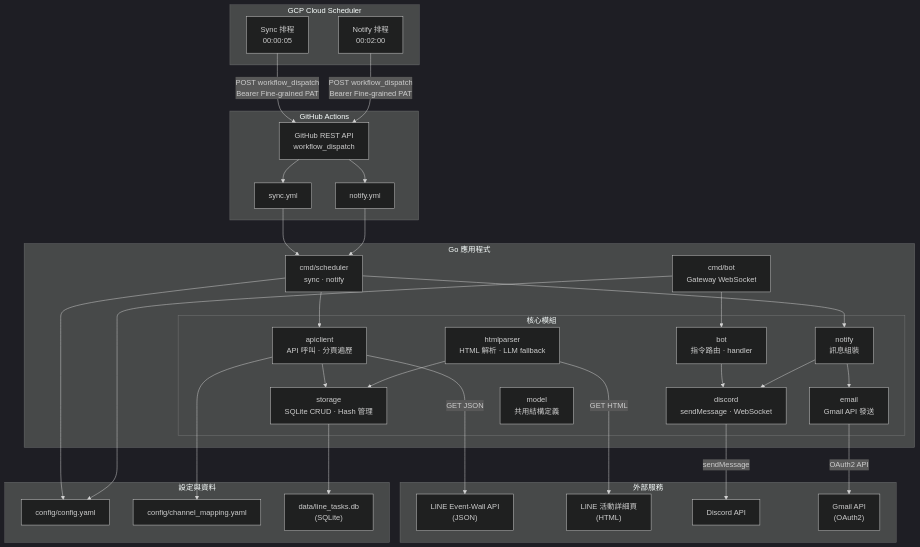
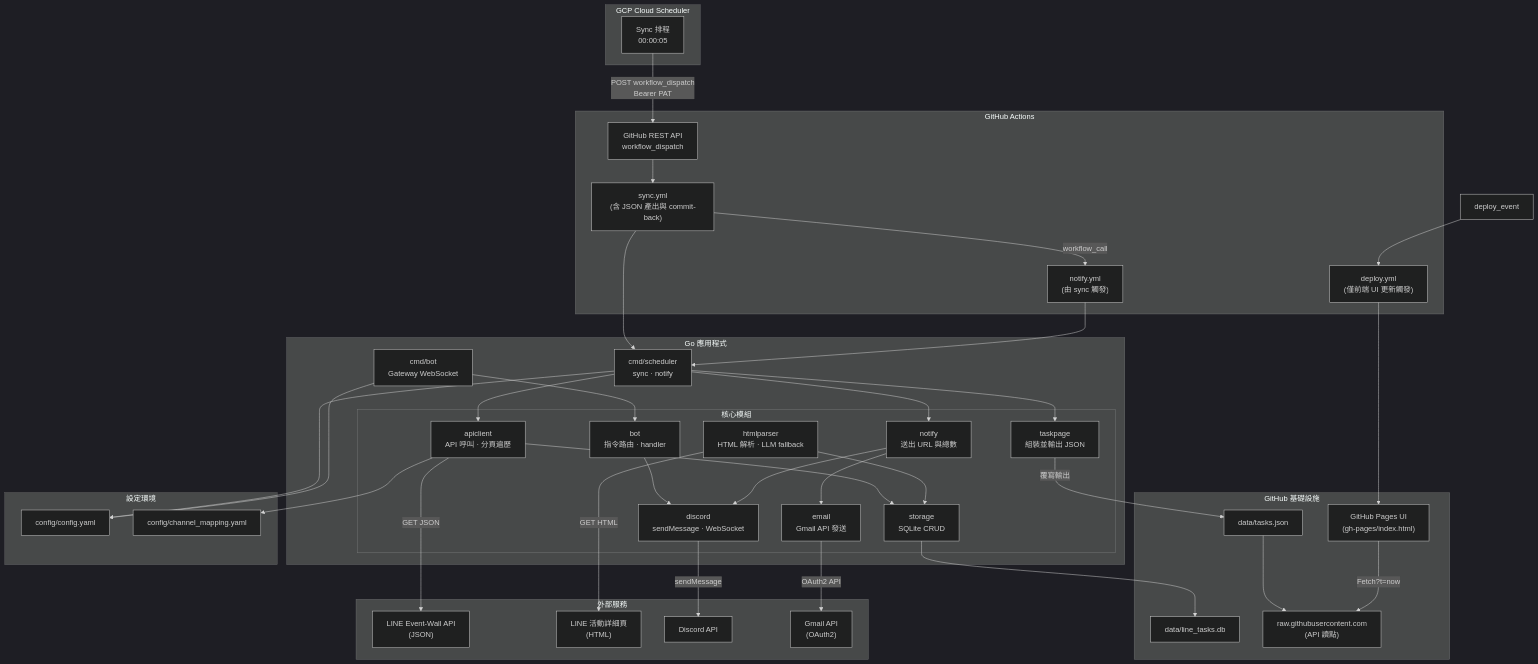
Before and after one commit to dccoding1118/more-line-points: the first of 6 diagrams in docs/requirements/requirements.md, drawn with Mermaid. The commit also changed other lines of this file and 26 other files, not shown here.

First line of the commit message:
Feat/add task github pages (#8)

````diff
--- a/docs/requirements/requirements.md
+++ b/docs/requirements/requirements.md
@@ -56,67 +59,79 @@
 ```mermaid
 %%{init: {'theme':'dark'}}%%
 graph TB
     subgraph External["外部服務"]
         LINE_API["LINE Event-Wall API<br/>(JSON)"]
         LINE_PAGE["LINE 活動詳細頁<br/>(HTML)"]
         DISCORD_API["Discord API"]
         GMAIL_API["Gmail API<br/>(OAuth2)"]
     end
 
     subgraph Scheduler["GCP Cloud Scheduler"]
         CLOUD_SYNC["Sync 排程<br/>00:00:05"]
-        CLOUD_NOTIFY["Notify 排程<br/>00:02:00"]
     end
 
     subgraph GHA["GitHub Actions"]
         GH_API["GitHub REST API<br/>workflow_dispatch"]
-        SYNC_WF["sync.yml"]
-        NOTIFY_WF["notify.yml"]
+        SYNC_WF["sync.yml<br/>(含 JSON 產出與 commit-back)"]
+        NOTIFY_WF["notify.yml<br/>(由 sync 觸發)"]
+        DEPLOY_WF["deploy.yml<br/>(僅前端 UI 更新觸發)"]
+    end
+
+    subgraph GithubEnv["GitHub 基礎設施"]
+        DB["data/line_tasks.db"]
+        TASK_JSON["data/tasks.json"]
+        PAGE_RAW["raw.githubusercontent.com<br/>(API 讀點)"]
+        PAGE_WEB["GitHub Pages UI<br/>(gh-pages/index.html)"]
     end
 
     subgraph App["Go 應用程式"]
         CMD_SCH["cmd/scheduler<br/>sync · notify"]
         CMD_BOT["cmd/bot<br/>Gateway WebSocket"]
 
         subgraph Core["核心模組"]
             API_CLIENT["apiclient<br/>API 呼叫 · 分頁遍歷"]
             HTML_PARSER["htmlparser<br/>HTML 解析 · LLM fallback"]
-            STORAGE["storage<br/>SQLite CRUD · Hash 管理"]
-            NOTIFY["notify<br/>訊息組裝"]
+            STORAGE["storage<br/>SQLite CRUD"]
+            NOTIFY["notify<br/>送出 URL 與總數"]
             DISCORD["discord<br/>sendMessage · WebSocket"]
             EMAIL["email<br/>Gmail API 發送"]
             BOT["bot<br/>指令路由 · handler"]
-            MODEL["model<br/>共用結構定義"]
+            TASKPAGE["taskpage<br/>組裝並輸出 JSON"]
         end
     end
 
-    subgraph Config["設定與資料"]
+    subgraph Config["設定環境"]
         CONFIG_FILE["config/config.yaml"]
         CHANNEL_MAP["config/channel_mapping.yaml"]
-        DB["data/line_tasks.db<br/>(SQLite)"]
     end
 
-    CLOUD_SYNC -->|"POST workflow_dispatch<br/>Bearer Fine-grained PAT"| GH_API
-    CLOUD_NOTIFY -->|"POST workflow_dispatch<br/>Bearer Fine-grained PAT"| GH_API
+    CLOUD_SYNC -->|"POST workflow_dispatch<br/>Bearer PAT"| GH_API
     GH_API --> SYNC_WF
-    GH_API --> NOTIFY_WF
+    SYNC_WF -->|"workflow_call"| NOTIFY_WF
     SYNC_WF --> CMD_SCH
     NOTIFY_WF --> CMD_SCH
+    deploy_event --> DEPLOY_WF
+    DEPLOY_WF --> PAGE_WEB
+
     CMD_SCH --> API_CLIENT
+    CMD_SCH --> TASKPAGE
     CMD_SCH --> NOTIFY
     CMD_BOT --> BOT
     BOT --> DISCORD
+    TASKPAGE -->|"覆寫輸出"| TASK_JSON
+    TASK_JSON --> PAGE_RAW
+    PAGE_WEB -->|"Fetch?t=now"| PAGE_RAW
 
     API_CLIENT -->|"GET JSON"| LINE_API
     HTML_PARSER -->|"GET HTML"| LINE_PAGE
     API_CLIENT --> STORAGE
     HTML_PARSER --> STORAGE
     NOTIFY --> DISCORD
     NOTIFY --> EMAIL
     DISCORD -->|"sendMessage"| DISCORD_API
     EMAIL -->|"OAuth2 API"| GMAIL_API
     STORAGE --> DB
     CMD_SCH --> CONFIG_FILE
     CMD_BOT --> CONFIG_FILE
     API_CLIENT --> CHANNEL_MAP
 ```
````
